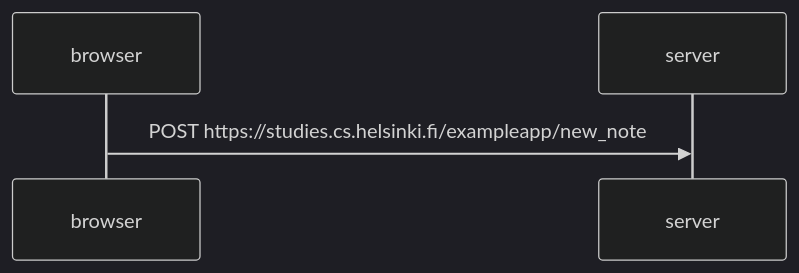
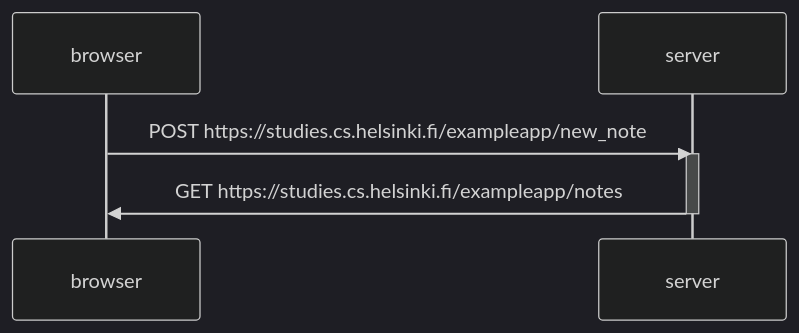
Before and after one commit to monaanvari/FullStackOpen: the diagram in 0.4: New note diagram.MD, drawn with Mermaid (dark theme).

Commit message:
Add new note diagram to documentation

````diff
--- a/0.4: New note diagram.MD
+++ b/0.4: New note diagram.MD
@@ -1,9 +1,11 @@
 ```mermaid
 sequenceDiagram
 participant browser
 participant server
 
 browser ->> server : POST https://studies.cs.helsinki.fi/exampleapp/new_note
 activate server
+server ->> browser : GET https://studies.cs.helsinki.fi/exampleapp/notes
+deactivate server
 
 ```
````
